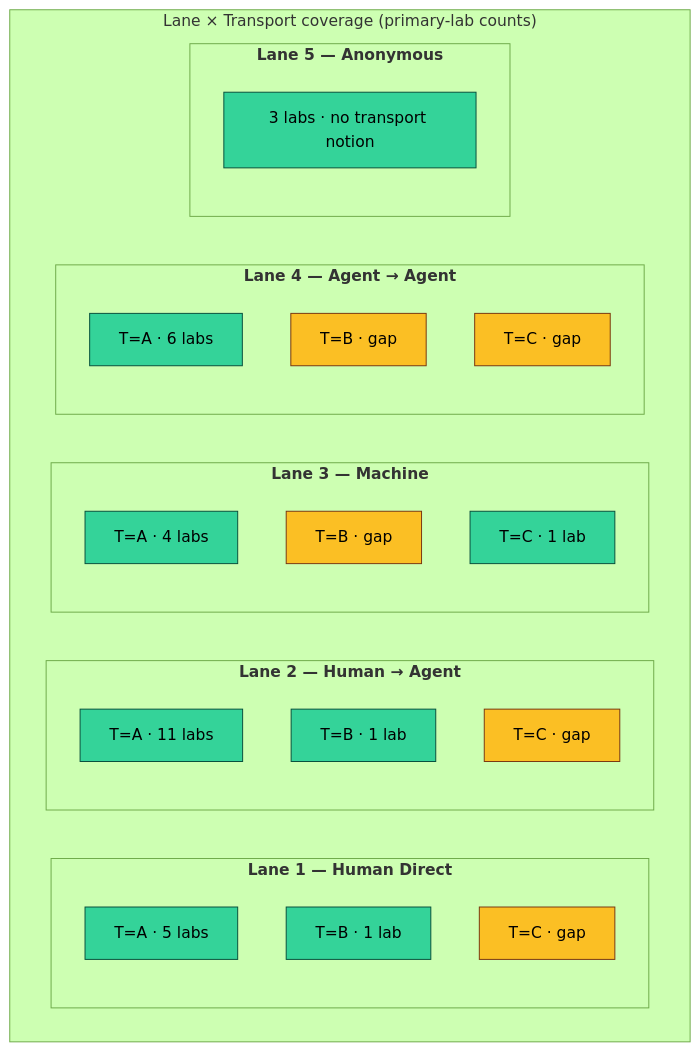
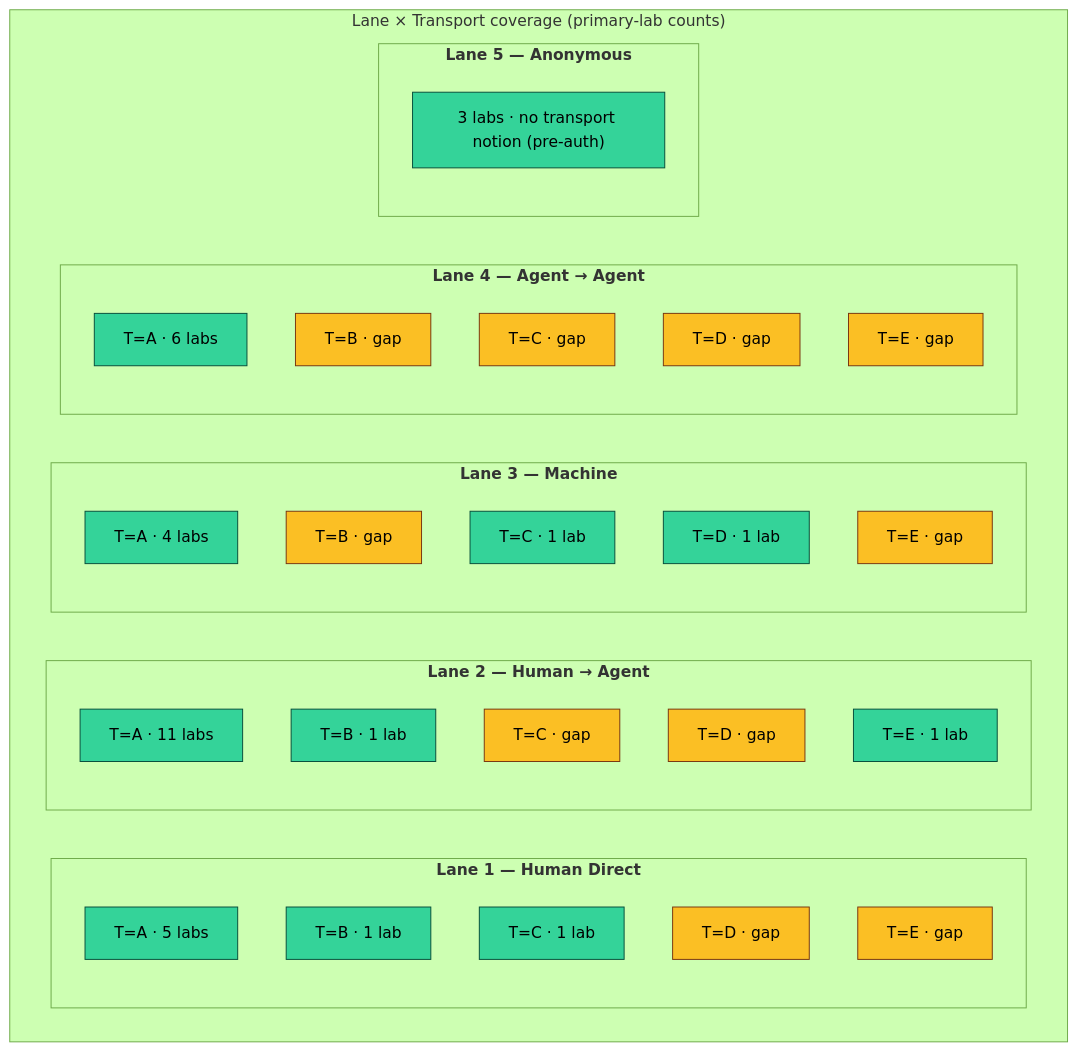
One commit to babywyrm/agentic-sec changed the diagram in docs/identity-flows.md. Above: the diagram before and after it, drawn with Mermaid (forest theme). The commit also changed other lines of this file and 1 other file, not shown here.

First line of the commit message:
docs: deep rewrite — five-transport taxonomy fully integrated

````diff
--- a/docs/identity-flows.md
+++ b/docs/identity-flows.md
@@ -347,31 +401,39 @@
 ```mermaid
 flowchart TB
   subgraph grid["Lane × Transport coverage (primary-lab counts)"]
     direction LR
     subgraph lane1["<b>Lane 1 — Human Direct</b>"]
       L1A["T=A · 5 labs"]:::filled
       L1B["T=B · 1 lab"]:::filled
-      L1C["T=C · gap"]:::gap
+      L1C["T=C · 1 lab"]:::filled
+      L1D["T=D · gap"]:::gap
+      L1E["T=E · gap"]:::gap
     end
     subgraph lane2["<b>Lane 2 — Human → Agent</b>"]
       L2A["T=A · 11 labs"]:::filled
       L2B["T=B · 1 lab"]:::filled
       L2C["T=C · gap"]:::gap
+      L2D["T=D · gap"]:::gap
+      L2E["T=E · 1 lab"]:::filled
     end
     subgraph lane3["<b>Lane 3 — Machine</b>"]
       L3A["T=A · 4 labs"]:::filled
       L3B["T=B · gap"]:::gap
       L3C["T=C · 1 lab"]:::filled
+      L3D["T=D · 1 lab"]:::filled
+      L3E["T=E · gap"]:::gap
     end
     subgraph lane4["<b>Lane 4 — Agent → Agent</b>"]
       L4A["T=A · 6 labs"]:::filled
       L4B["T=B · gap"]:::gap
       L4C["T=C · gap"]:::gap
+      L4D["T=D · gap"]:::gap
+      L4E["T=E · gap"]:::gap
     end
     subgraph lane5["<b>Lane 5 — Anonymous</b>"]
-      L5["3 labs · no transport notion"]:::filled
+      L5["3 labs · no transport notion (pre-auth)"]:::filled
     end
   end
   classDef filled fill:#34d399,stroke:#064e3b,color:#000;
   classDef gap    fill:#fbbf24,stroke:#78350f,color:#000;
 ```
````
